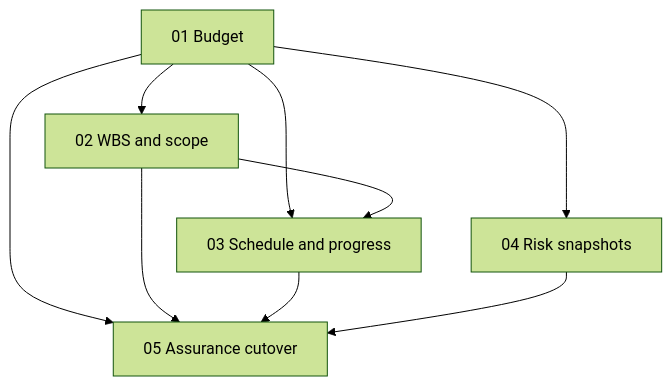
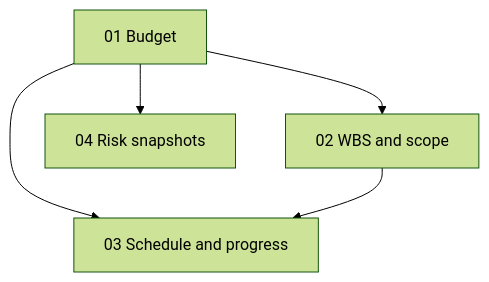
Before and after one commit to ibayyabi/DevXassurance: the second of 2 diagrams in .scratch/pmo-assurance-pipeline/README.md, drawn with Mermaid (forest theme). The commit also changed other lines of this file and 2 other files, not shown here.

Commit message:
docs: archive PMO assurance cutover ticket

````diff
--- a/.scratch/pmo-assurance-pipeline/README.md
+++ b/.scratch/pmo-assurance-pipeline/README.md
@@ -71,11 +71,7 @@
 ```mermaid
 flowchart TD
   T1["01 Budget"] --> T2["02 WBS and scope"]
   T1 --> T3["03 Schedule and progress"]
   T2 --> T3
   T1 --> T4["04 Risk snapshots"]
-  T1 --> T5["05 Assurance cutover"]
-  T2 --> T5
-  T3 --> T5
-  T4 --> T5
 ```
````
